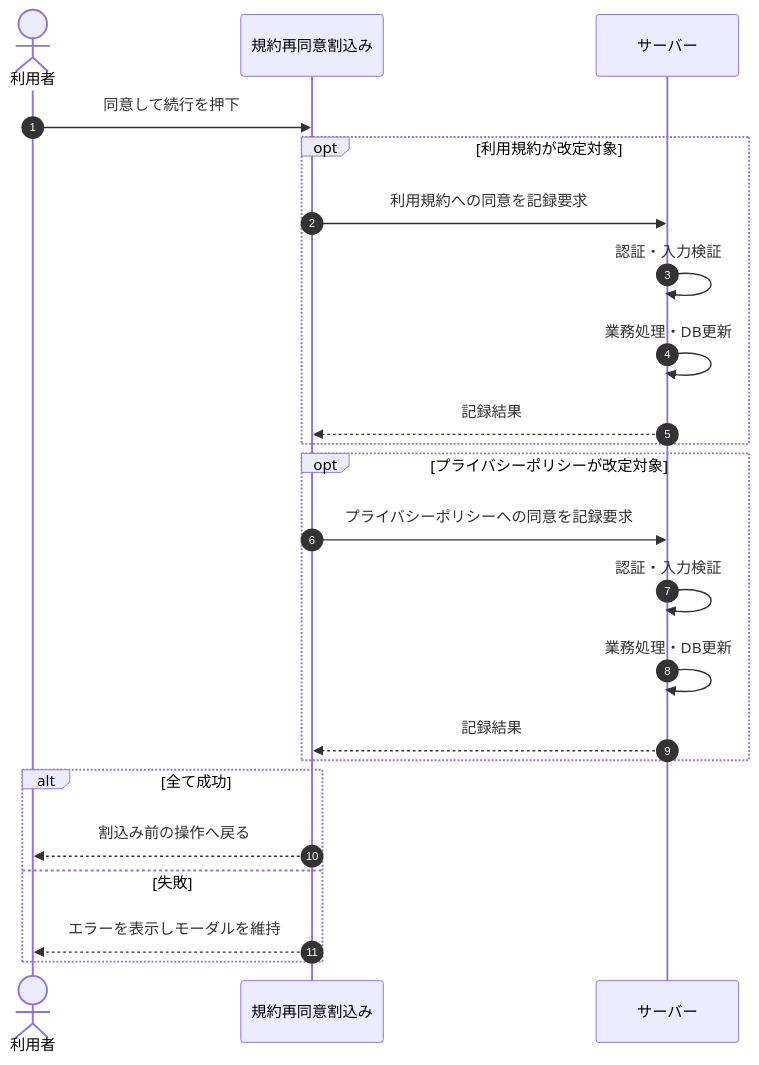
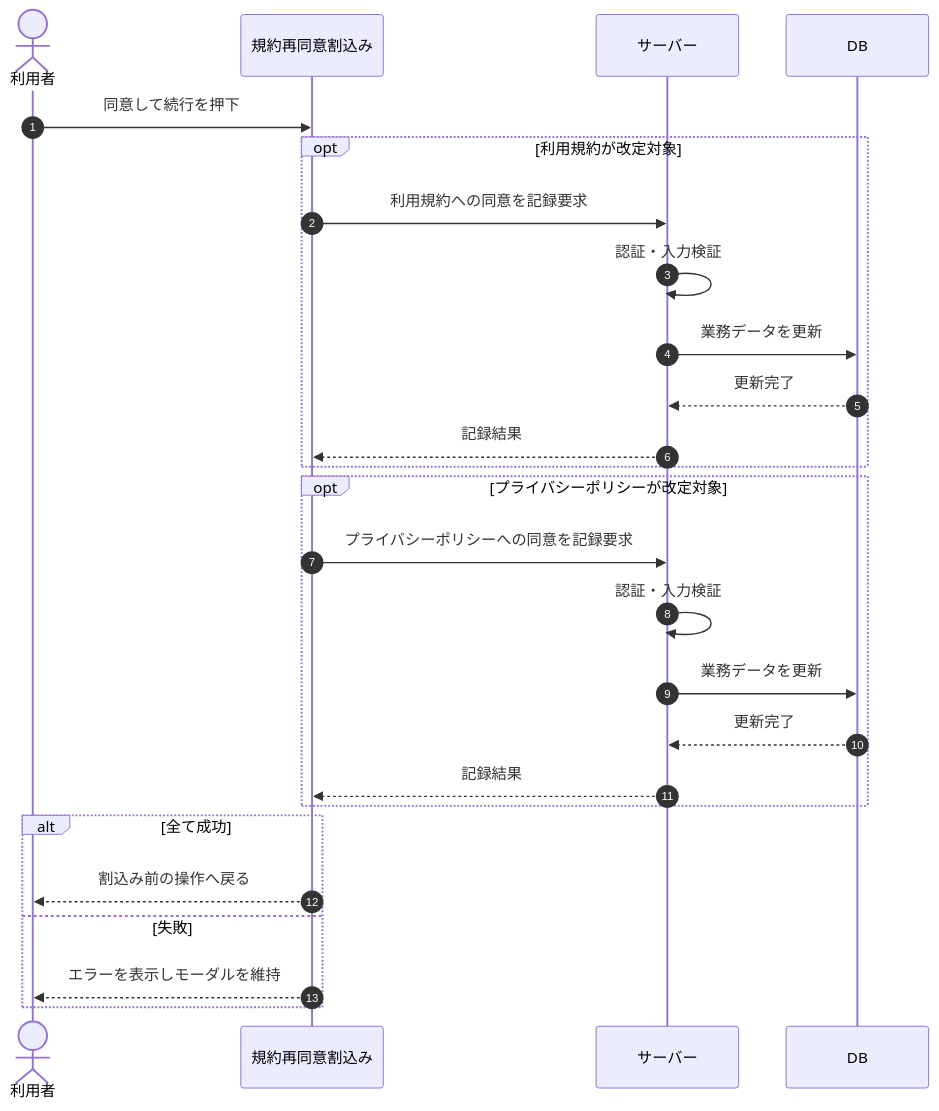
The diagram in 02_basic_design/03_sequences/SEQ-068.md (sikakou54/open-faq), drawn with Mermaid before and after one commit. The commit also changed other lines of this file and 122 other files, not shown here.

First line of the commit message:
シーケンス図に DB アクターを追加(DB 操作をサーバー自己メッセージから分離)

````diff
--- a/02_basic_design/03_sequences/SEQ-068.md
+++ b/02_basic_design/03_sequences/SEQ-068.md
@@ -26,25 +26,28 @@
 ```mermaid
 sequenceDiagram
   autonumber
   actor U as 利用者
   participant Screen as 規約再同意割込み
   participant Server as サーバー
+  participant DB as DB
   U->>Screen: 同意して続行を押下
   opt 利用規約が改定対象
     Screen->>Server: 利用規約への同意を記録要求
     Server->>Server: 認証・入力検証
-    Server->>Server: 業務処理・DB更新
+    Server->>DB: 業務データを更新
+    DB-->>Server: 更新完了
     Server-->>Screen: 記録結果
   end
   opt プライバシーポリシーが改定対象
     Screen->>Server: プライバシーポリシーへの同意を記録要求
     Server->>Server: 認証・入力検証
-    Server->>Server: 業務処理・DB更新
+    Server->>DB: 業務データを更新
+    DB-->>Server: 更新完了
     Server-->>Screen: 記録結果
   end
   alt 全て成功
     Screen-->>U: 割込み前の操作へ戻る
   else 失敗
     Screen-->>U: エラーを表示しモーダルを維持
   end
 ```
````
